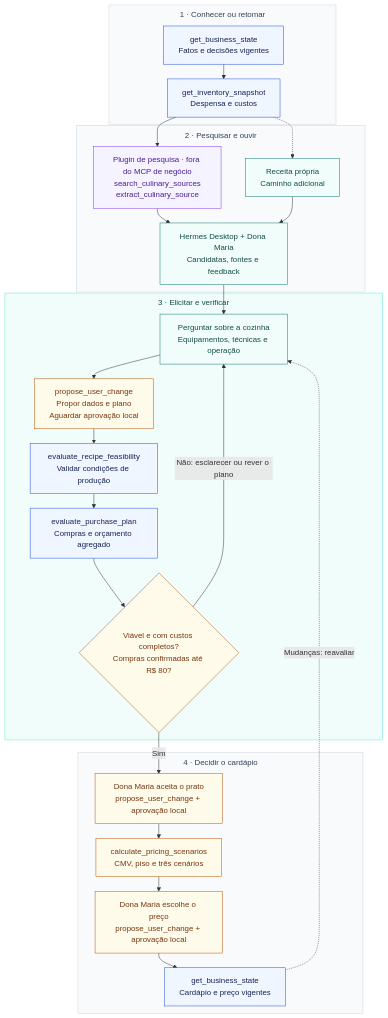
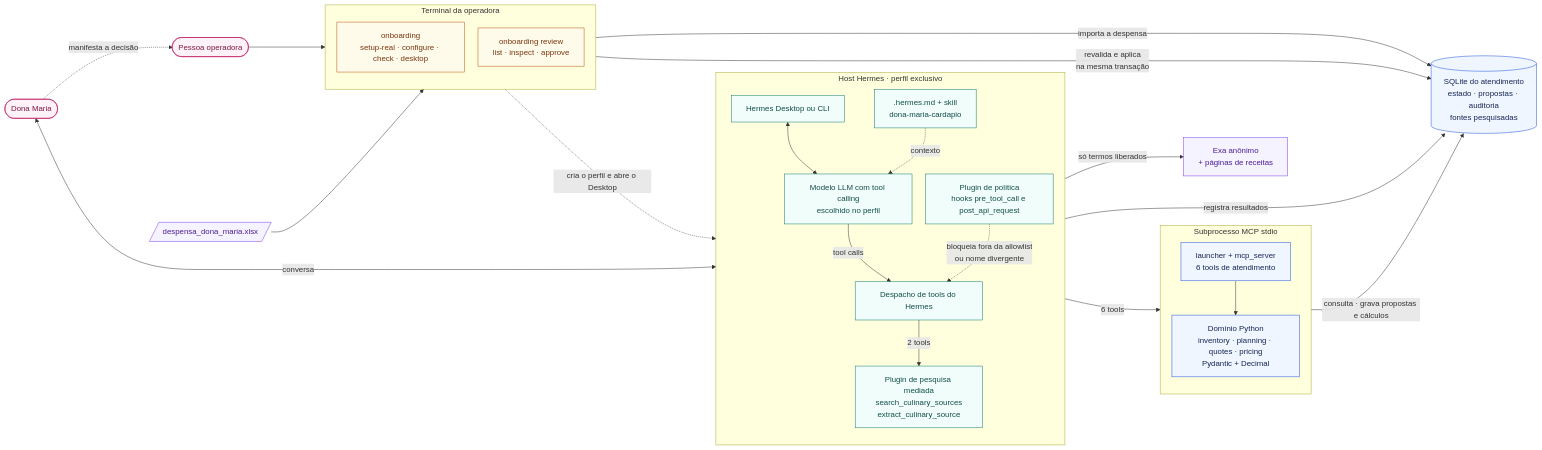
Before and after one commit to glaucia86/sabor-da-maria-hermes-agent: the first of 3 diagrams in README.md, drawn with Mermaid. The commit also changed other lines of this file and 21 other files, not shown here.

First line of the commit message:
Atualiza documentação e melhorias na jornada REAL no Hermes Desktop

````diff
--- a/README.md
+++ b/README.md
@@ -338,56 +91,61 @@
 ```mermaid
-%%{init: {"flowchart": {"rankSpacing": 30, "subGraphTitleMargin": {"top": 8, "bottom": 20}}, "themeVariables": {"fontFamily": "Arial, sans-serif"}}}%%
-flowchart TB
-    subgraph contexto["1 · Conhecer ou retomar"]
-        S["get_business_state<br/>Fatos e decisões vigentes"]
-        I["get_inventory_snapshot<br/>Despensa e custos"]
-        S --> I
+%%{init: {"flowchart": {"rankSpacing": 45, "nodeSpacing": 28}, "themeVariables": {"fontFamily": "Arial, sans-serif"}}}%%
+flowchart LR
+    Maria(["Dona Maria"])
+    Operadora(["Pessoa operadora"])
+
+    subgraph Host["Host Hermes · perfil exclusivo"]
+        direction TB
+        UI["Hermes Desktop ou CLI"]
+        LLM["Modelo LLM com tool calling<br/>escolhido no perfil"]
+        Ctx[".hermes.md + skill<br/>dona-maria-cardapio"]
+        Disp["Despacho de tools do Hermes"]
+        Pol["Plugin de política<br/>hooks pre_tool_call e post_api_request"]
+        Res["Plugin de pesquisa mediada<br/>search_culinary_sources<br/>extract_culinary_source"]
+        UI <--> LLM
+        Ctx -.->|"contexto"| LLM
+        LLM -->|"tool calls"| Disp
+        Pol -.->|"bloqueia fora da allowlist<br/>ou nome divergente"| Disp
+        Disp -->|"2 tools"| Res
     end
 
-    subgraph descoberta["2 · Pesquisar e ouvir"]
-        W["Plugin de pesquisa · fora do MCP de negócio<br/>search_culinary_sources<br/>extract_culinary_source"]
-        H["Hermes Desktop + Dona Maria<br/>Candidatas, fontes e feedback"]
-        O["Receita própria<br/>Caminho adicional"]
-        W --> H
-        O --> H
+    subgraph Proc["Subprocesso MCP stdio"]
+        direction TB
+        Srv["launcher + mcp_server<br/>6 tools de atendimento"]
+        Dom["Domínio Python<br/>inventory · planning · quotes · pricing<br/>Pydantic + Decimal"]
+        Srv --> Dom
     end
-    I --> W
-    I -.-> O
 
-    subgraph viabilidade["3 · Elicitar e verificar"]
-        E["Perguntar sobre a cozinha<br/>Equipamentos, técnicas e operação"]
-        P["propose_user_change<br/>Propor dados e plano<br/>Aguardar aprovação local"]
-        F["evaluate_recipe_feasibility<br/>Validar condições de produção"]
-        B["evaluate_purchase_plan<br/>Compras e orçamento agregado"]
-        G{"Viável e com custos completos?<br/>Compras confirmadas até R$ 80?"}
-        E --> P
-        P --> F
-        F --> B
-        B --> G
+    subgraph Term["Terminal da operadora"]
+        direction TB
+        Onb["onboarding<br/>setup-real · configure · check · desktop"]
+        Rev["onboarding review<br/>list · inspect · approve"]
     end
-    H --> E
-    G -->|"Não: esclarecer ou rever o plano"| E
 
-    subgraph decisao["4 · Decidir o cardápio"]
-        A["Dona Maria aceita o prato<br/>propose_user_change + aprovação local"]
-        C["calculate_pricing_scenarios<br/>CMV, piso e três cenários"]
-        D["Dona Maria escolhe o preço<br/>propose_user_change + aprovação local"]
-        R["get_business_state<br/>Cardápio e preço vigentes"]
-        A --> C --> D --> R
-    end
-    G -->|"Sim"| A
-    R -.->|"Mudanças: reavaliar"| E
+    DB[("SQLite do atendimento<br/>estado · propostas · auditoria<br/>fontes pesquisadas")]
+    XLSX[/"despensa_dona_maria.xlsx"/]
+    Web["Exa anônimo<br/>+ páginas de receitas"]
 
-    classDef consulta fill:#EFF6FF,stroke:#1D4ED8,color:#172554
-    classDef conversa fill:#F0FDFA,stroke:#0F766E,color:#134E4A
-    classDef proposta fill:#FFFBEB,stroke:#B45309,color:#78350F
-    classDef pesquisa fill:#F5F3FF,stroke:#7C3AED,color:#4C1D95
-    class S,I,F,B,R consulta
-    class H,E,O conversa
-    class P,G,A,C,D proposta
-    class W pesquisa
-    style contexto fill:#F8FAFC,stroke:#CBD5E1,color:#334155
-    style descoberta fill:#F8FAFC,stroke:#CBD5E1,color:#334155
-    style viabilidade fill:#F0FDFA,stroke:#5EEAD4,color:#134E4A
-    style decisao fill:#F8FAFC,stroke:#CBD5E1,color:#334155
+    Maria <-->|"conversa"| UI
+    Disp -->|"6 tools"| Srv
+    Res -->|"só termos liberados"| Web
+    Res -->|"registra resultados"| DB
+    Dom -->|"consulta · grava propostas e cálculos"| DB
+    XLSX --> Onb
+    Onb -->|"importa a despensa"| DB
+    Onb -.->|"cria o perfil e abre o Desktop"| UI
+    Operadora --> Rev
+    Rev -->|"revalida e aplica<br/>na mesma transação"| DB
+    Maria -.->|"manifesta a decisão"| Operadora
+
+    classDef pessoa fill:#FDF2F8,stroke:#BE185D,color:#831843
+    classDef host fill:#F0FDFA,stroke:#0F766E,color:#134E4A
+    classDef dominio fill:#EFF6FF,stroke:#1D4ED8,color:#172554
+    classDef operador fill:#FFFBEB,stroke:#B45309,color:#78350F
+    classDef externo fill:#F5F3FF,stroke:#7C3AED,color:#4C1D95
+    class Maria,Operadora pessoa
+    class UI,LLM,Ctx,Disp,Pol,Res host
+    class Srv,Dom,DB dominio
+    class Onb,Rev operador
+    class Web,XLSX externo
 ```
````
